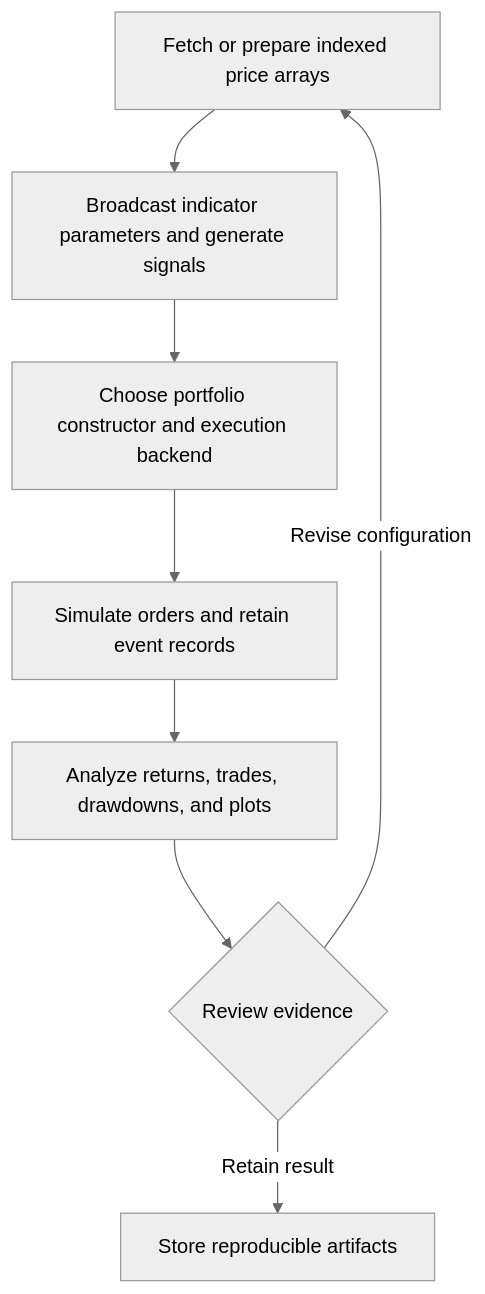
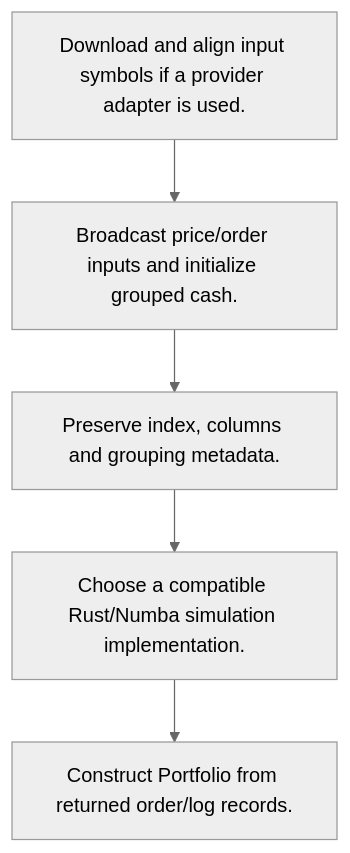
Before and after one commit to alexcwyu/vectorbt: the third of 4 diagrams in docs/ayu-develop.md, drawn with Mermaid (neutral theme). The commit also changed other lines of this file and 13 other files, not shown here.

Commit message:
docs: standardize source-reviewed system guides and offline diagrams

````diff
--- a/docs/ayu-develop.md
+++ b/docs/ayu-develop.md
@@ -76,12 +149,12 @@
 ```mermaid
 flowchart TD
-    W0["Fetch or prepare indexed price arrays"]
-    W1["Broadcast indicator parameters and generate signals"]
-    W2["Choose portfolio constructor and execution backend"]
-    W3["Simulate orders and retain event records"]
-    W4["Analyze returns, trades, drawdowns, and plots"]
-    W0 --> W1 --> W2 --> W3 --> W4
-    W4 --> R{"Review evidence"}
-    R -->|Revise configuration| W0
-    R -->|Retain result| A["Store reproducible artifacts"]
+  W0["Download and align input symbols if a provider adapter is used."]
+  W1["Broadcast price/order inputs and initialize grouped cash."]
+  W0 --> W1
+  W2["Preserve index, columns and grouping metadata."]
+  W1 --> W2
+  W3["Choose a compatible Rust/Numba simulation implementation."]
+  W2 --> W3
+  W4["Construct Portfolio from returned order/log records."]
+  W3 --> W4
 ```
````
